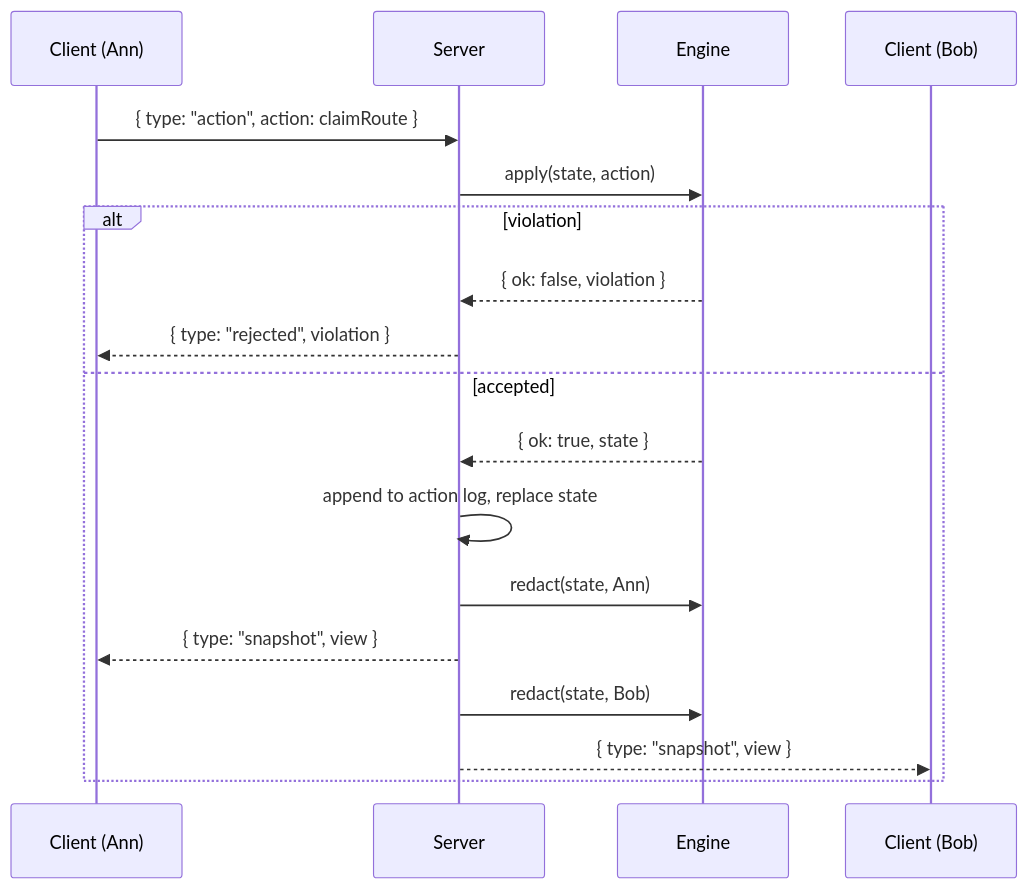
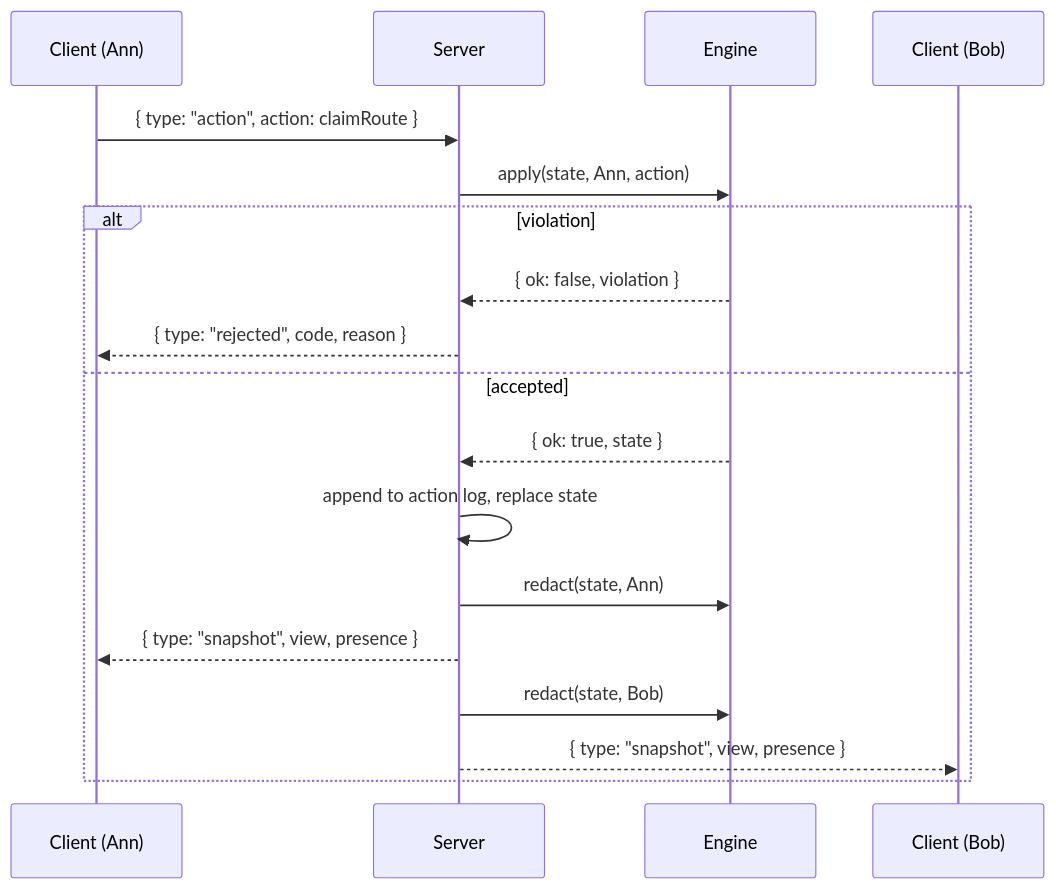
The fourth of 4 diagrams in docs/architecture.md (dettonijr/ticket-to-ride), drawn with Mermaid before and after one commit. The commit also changed other lines of this file and 3 other files, not shown here.

First line of the commit message:
Review: test rules, glossary wording and architecture doc drift

````diff
--- a/docs/architecture.md
+++ b/docs/architecture.md
@@ -172,21 +182,21 @@
 ```mermaid
 sequenceDiagram
   participant A as Client (Ann)
   participant S as Server
   participant E as Engine
   participant B as Client (Bob)
 
   A->>S: { type: "action", action: claimRoute }
-  S->>E: apply(state, action)
+  S->>E: apply(state, Ann, action)
   alt violation
     E-->>S: { ok: false, violation }
-    S-->>A: { type: "rejected", violation }
+    S-->>A: { type: "rejected", code, reason }
   else accepted
     E-->>S: { ok: true, state }
     S->>S: append to action log, replace state
     S->>E: redact(state, Ann)
-    S-->>A: { type: "snapshot", view }
+    S-->>A: { type: "snapshot", view, presence }
     S->>E: redact(state, Bob)
-    S-->>B: { type: "snapshot", view }
+    S-->>B: { type: "snapshot", view, presence }
   end
 ```
````
